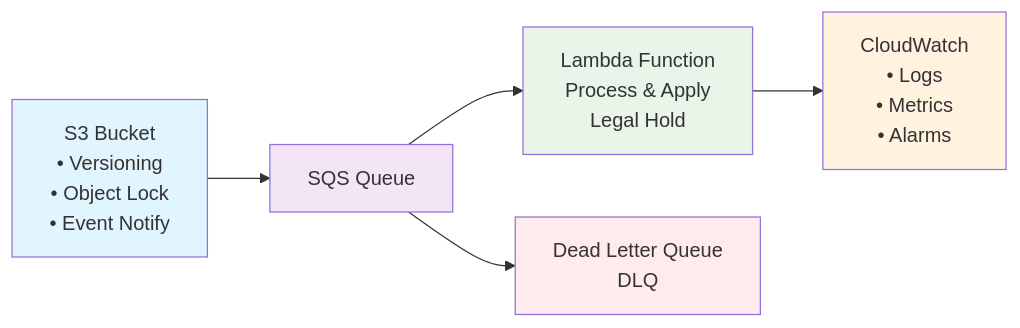
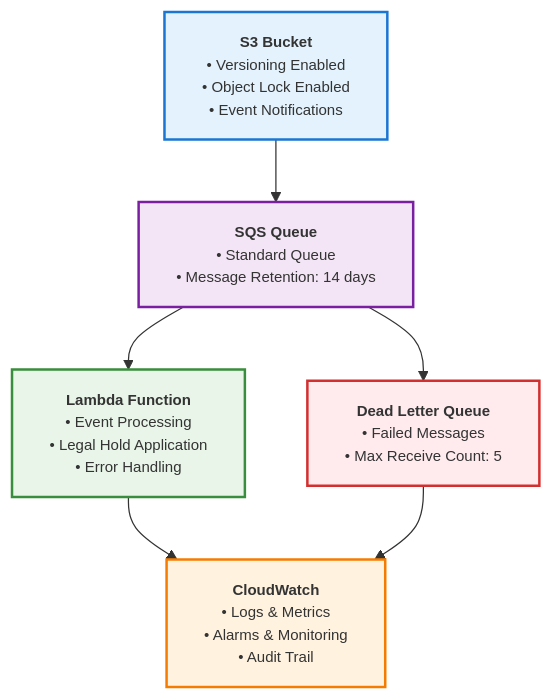
Before and after one commit to ddpie/s3-prefix-protection: the first of 4 diagrams in README.md, drawn with Mermaid. The commit also changed other lines of this file, not shown here.

First line of the commit message:
Enhance Mermaid diagrams for professional appearance

````diff
--- a/README.md
+++ b/README.md
@@ -15,13 +15,33 @@
 ```mermaid
-graph LR
-    A[S3 Bucket<br/>• Versioning<br/>• Object Lock<br/>• Event Notify] --> B[SQS Queue]
-    B --> C[Lambda Function<br/>Process & Apply<br/>Legal Hold]
-    B --> D[Dead Letter Queue<br/>DLQ]
-    C --> E[CloudWatch<br/>• Logs<br/>• Metrics<br/>• Alarms]
+flowchart TD
+    A["`**S3 Bucket**
+    • Versioning Enabled
+    • Object Lock Enabled
+    • Event Notifications`"] --> B["`**SQS Queue**
+    • Standard Queue
+    • Message Retention: 14 days`"]
     
-    style A fill:#e1f5fe
-    style B fill:#f3e5f5
-    style C fill:#e8f5e8
-    style D fill:#ffebee
-    style E fill:#fff3e0
+    B --> C["`**Lambda Function**
+    • Event Processing
+    • Legal Hold Application
+    • Error Handling`"]
+    
+    B --> D["`**Dead Letter Queue**
+    • Failed Messages
+    • Max Receive Count: 5`"]
+    
+    C --> E["`**CloudWatch**
+    • Logs & Metrics
+    • Alarms & Monitoring
+    • Audit Trail`"]
+    
+    D --> E
+    
+    style A fill:#e3f2fd,stroke:#1976d2,stroke-width:2px
+    style B fill:#f3e5f5,stroke:#7b1fa2,stroke-width:2px
+    style C fill:#e8f5e8,stroke:#388e3c,stroke-width:2px
+    style D fill:#ffebee,stroke:#d32f2f,stroke-width:2px
+    style E fill:#fff3e0,stroke:#f57c00,stroke-width:2px
+    
+    classDef default font-size:12px
 ```
````
